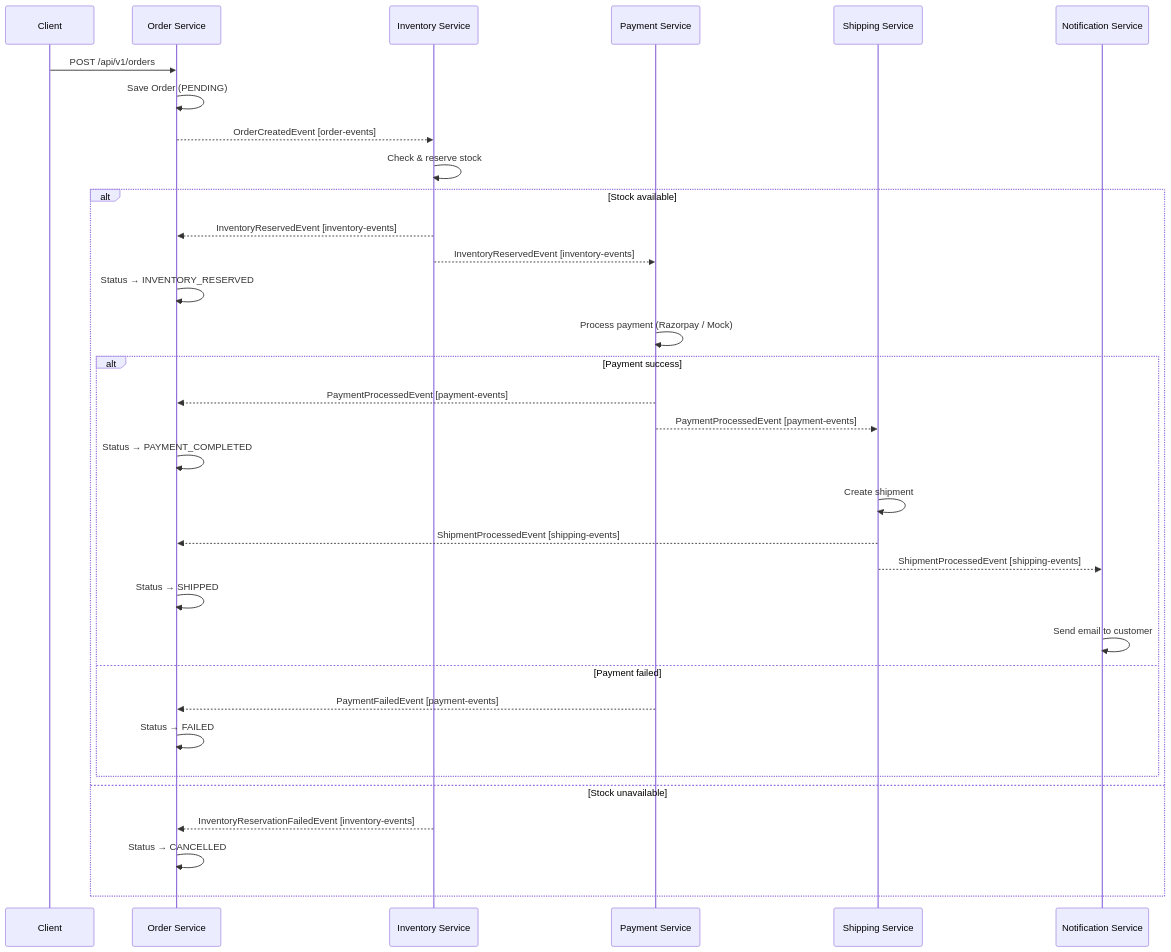
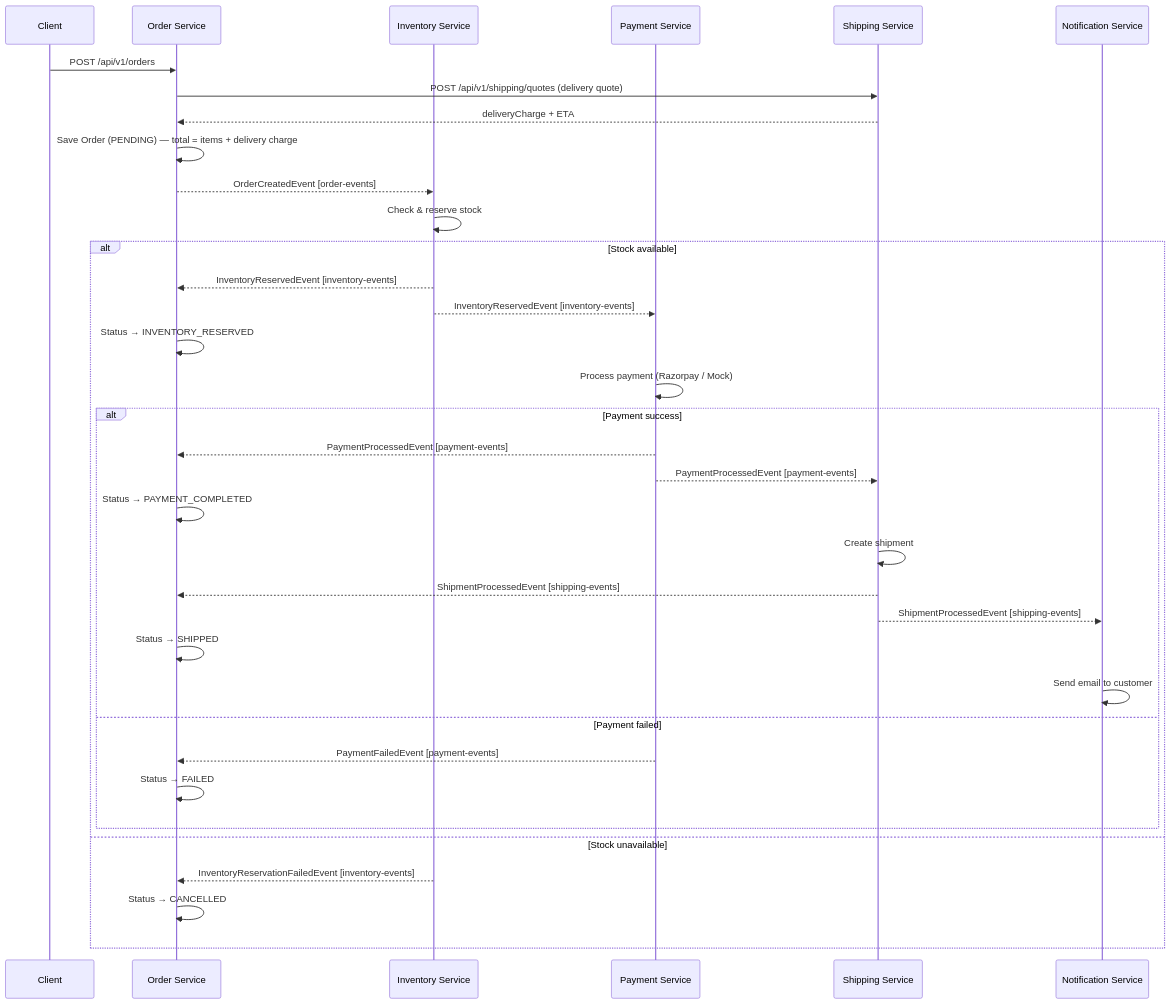
The third of 3 diagrams in README.md (zexxitywave/EventDrivenMesh), drawn with Mermaid before and after one commit. The commit also changed other lines of this file, not shown here.

Commit message:
docs: document pre-payment delivery quote feature

````diff
--- a/README.md
+++ b/README.md
@@ -376,37 +380,39 @@
 ```mermaid
 sequenceDiagram
     participant C as Client
     participant OS as Order Service
     participant IS as Inventory Service
     participant PS as Payment Service
     participant SS as Shipping Service
     participant NS as Notification Service
 
     C->>OS: POST /api/v1/orders
-    OS->>OS: Save Order (PENDING)
+    OS->>SS: POST /api/v1/shipping/quotes (delivery quote)
+    SS-->>OS: deliveryCharge + ETA
+    OS->>OS: Save Order (PENDING) — total = items + delivery charge
     OS-->>IS: OrderCreatedEvent [order-events]
 
     IS->>IS: Check & reserve stock
     alt Stock available
         IS-->>OS: InventoryReservedEvent [inventory-events]
         IS-->>PS: InventoryReservedEvent [inventory-events]
         OS->>OS: Status → INVENTORY_RESERVED
         PS->>PS: Process payment (Razorpay / Mock)
         alt Payment success
             PS-->>OS: PaymentProcessedEvent [payment-events]
             PS-->>SS: PaymentProcessedEvent [payment-events]
             OS->>OS: Status → PAYMENT_COMPLETED
             SS->>SS: Create shipment
             SS-->>OS: ShipmentProcessedEvent [shipping-events]
             SS-->>NS: ShipmentProcessedEvent [shipping-events]
             OS->>OS: Status → SHIPPED
             NS->>NS: Send email to customer
         else Payment failed
             PS-->>OS: PaymentFailedEvent [payment-events]
             OS->>OS: Status → FAILED
         end
     else Stock unavailable
         IS-->>OS: InventoryReservationFailedEvent [inventory-events]
         OS->>OS: Status → CANCELLED
     end
 ```
````
